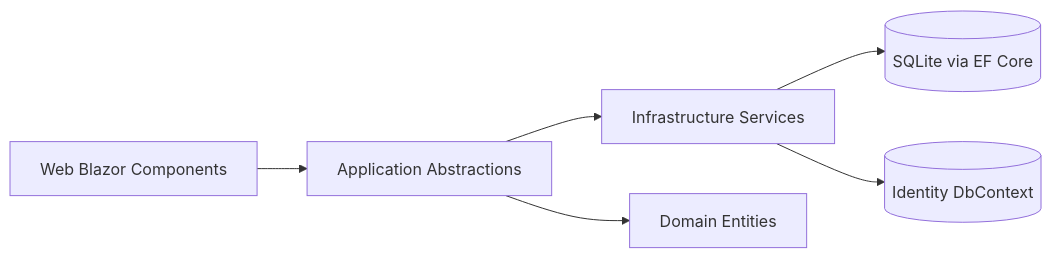
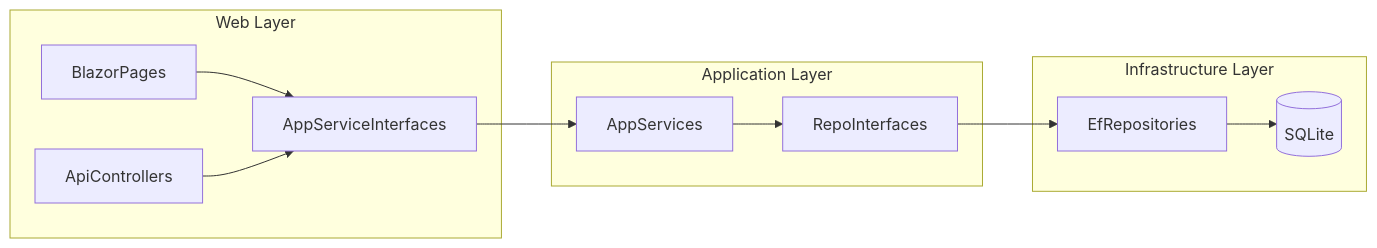
The diagram in README.md (parikshit06reddy-cloud/AuntiesRecipe-Project), drawn with Mermaid before and after one commit. The commit also changed other lines of this file and 34 other files, not shown here.

First line of the commit message:
refactor: adopt strict enterprise layered architecture

````diff
--- a/README.md
+++ b/README.md
@@ -39,8 +39,15 @@
 ```mermaid
 flowchart LR
-  ui[Web Blazor Components] --> app[Application Abstractions]
-  app --> infra[Infrastructure Services]
-  infra --> db[(SQLite via EF Core)]
-  infra --> identity[(Identity DbContext)]
-  app --> domain[Domain Entities]
+  subgraph web [Web Layer]
+    BlazorPages --> AppServiceInterfaces
+    ApiControllers --> AppServiceInterfaces
+  end
+  subgraph app [Application Layer]
+    AppServiceInterfaces --> AppServices
+    AppServices --> RepoInterfaces
+  end
+  subgraph infra [Infrastructure Layer]
+    RepoInterfaces --> EfRepositories
+    EfRepositories --> SQLite[(SQLite)]
+  end
 ```
````
